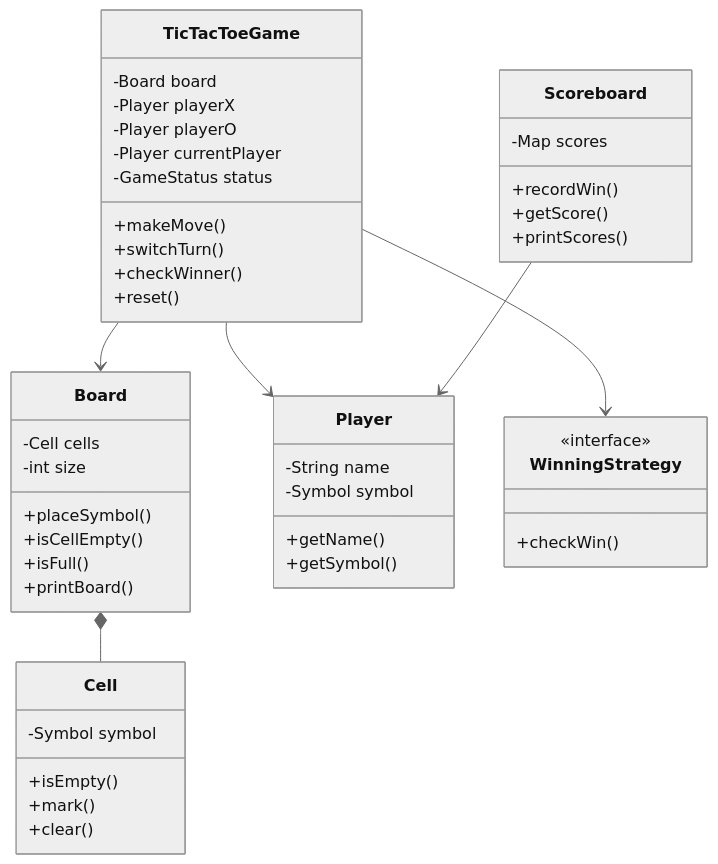
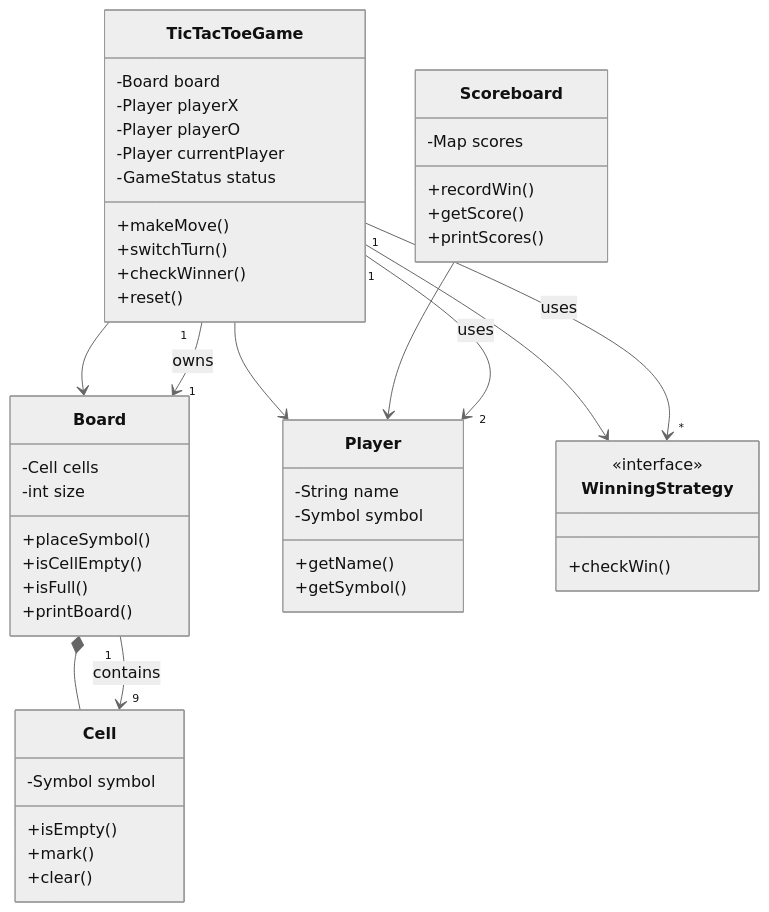
Before and after one commit to mthaiseer/springcloud-systemdesign-notes: the first of 19 diagrams in LLD_NOTES/lld_visual_java_reference_mermaid_full_implementation.md, drawn with Mermaid (neutral theme). The commit also changed other lines of this file, not shown here.

````diff
--- a/LLD_NOTES/lld_visual_java_reference_mermaid_full_implementation.md
+++ b/LLD_NOTES/lld_visual_java_reference_mermaid_full_implementation.md
@@ -58,49 +85,54 @@
 ```mermaid
 classDiagram
   class TicTacToeGame {
     -Board board
     -Player playerX
     -Player playerO
     -Player currentPlayer
     -GameStatus status
     +makeMove()
     +switchTurn()
     +checkWinner()
     +reset()
   }
   class Board {
     -Cell cells
     -int size
     +placeSymbol()
     +isCellEmpty()
     +isFull()
     +printBoard()
   }
   class Cell {
     -Symbol symbol
     +isEmpty()
     +mark()
     +clear()
   }
   class Player {
     -String name
     -Symbol symbol
     +getName()
     +getSymbol()
   }
   class WinningStrategy {
     <<interface>>
     +checkWin()
   }
   class Scoreboard {
     -Map scores
     +recordWin()
     +getScore()
     +printScores()
   }
   TicTacToeGame --> Board
   TicTacToeGame --> Player
   TicTacToeGame --> WinningStrategy
   Board *-- Cell
   Scoreboard --> Player
+  %% Cardinality relationships
+  TicTacToeGame "1" --> "1" Board : owns
+  Board "1" --> "9" Cell : contains
+  TicTacToeGame "1" --> "2" Player : uses
+  TicTacToeGame "1" --> "*" WinningStrategy : uses
 ```
````
